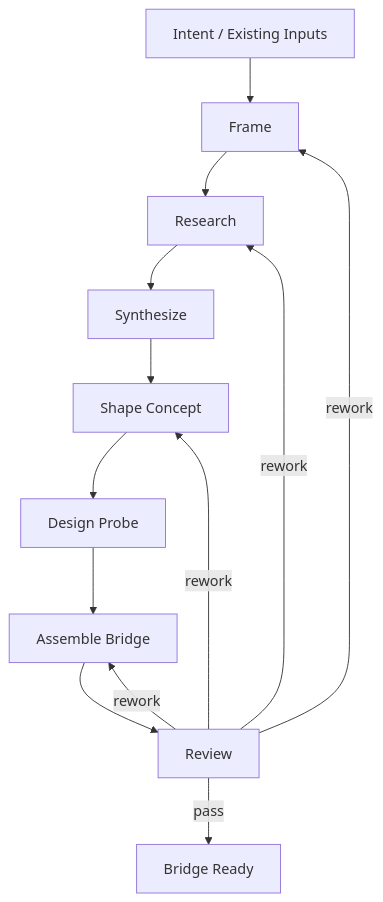
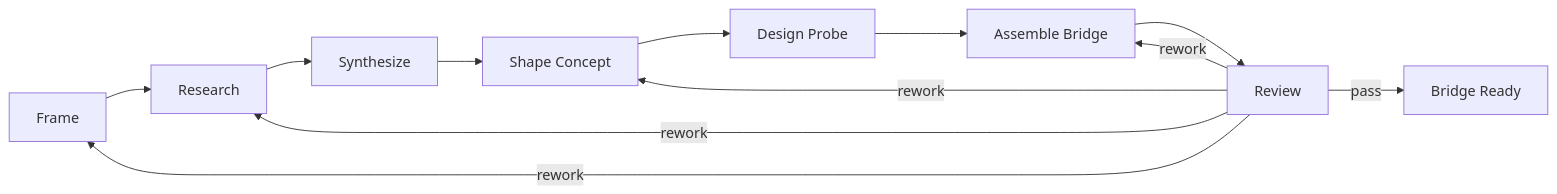
One commit to hujianbest/garage-teams changed the diagram in docs/design/D110-garage-product-insights-pack-design.md. Above: the diagram before and after it, drawn with Mermaid. The commit also changed other lines of this file and 32 other files, not shown here.

````diff
--- a/docs/design/D110-garage-product-insights-pack-design.md
+++ b/docs/design/D110-garage-product-insights-pack-design.md
@@ -500,16 +103,14 @@
 ```mermaid
-flowchart TD
-    start[Intent / Existing Inputs] --> frame[Frame]
-    frame --> research[Research]
+flowchart LR
+    frame[Frame] --> research[Research]
     research --> synthesize[Synthesize]
     synthesize --> concept[Shape Concept]
     concept --> probe[Design Probe]
     probe --> bridge[Assemble Bridge]
     bridge --> review[Review]
     review -->|pass| ready[Bridge Ready]
-
     review -->|rework| frame
     review -->|rework| research
     review -->|rework| concept
     review -->|rework| bridge
 ```
````
